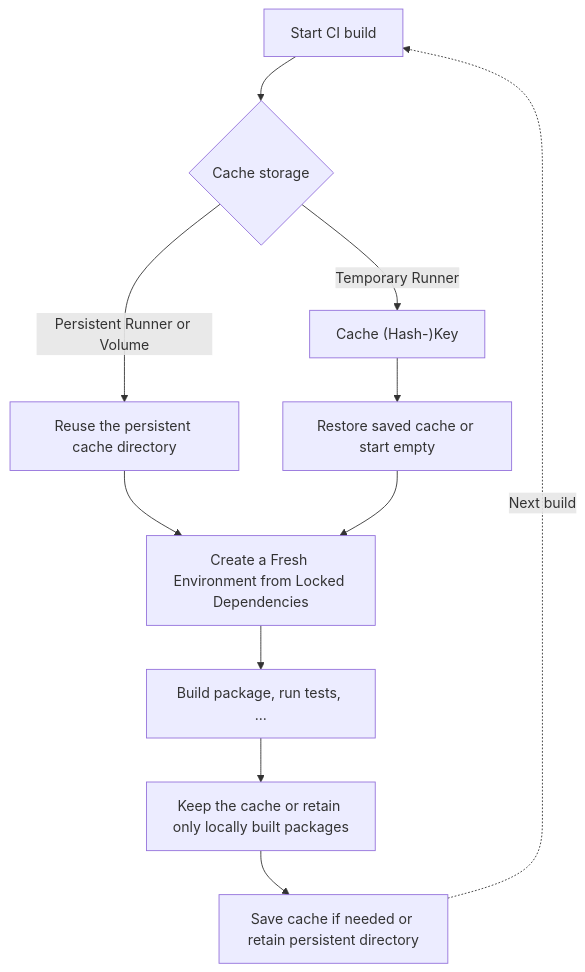
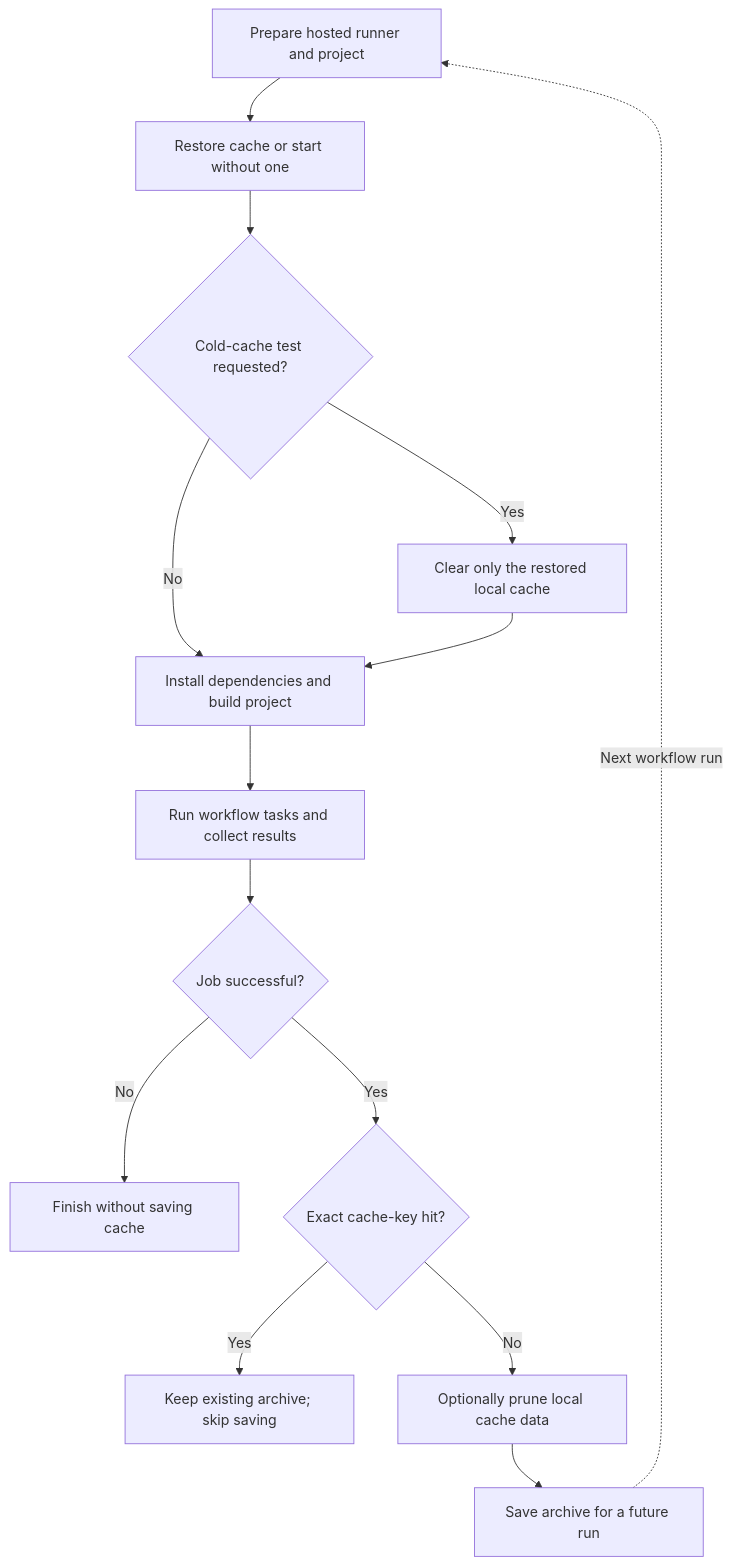
The diagram in docs/chapter-03/section-03/uv_cache_ci.md (ValentinTwin1206/modern-python-devops-egineering), drawn with Mermaid before and after one commit. The commit also changed other lines of this file and 4 other files, not shown here.

````diff
--- a/docs/chapter-03/section-03/uv_cache_ci.md
+++ b/docs/chapter-03/section-03/uv_cache_ci.md
@@ -23,13 +30,16 @@
 ```mermaid
 flowchart TD
-    start["Start CI build"] --> storage{"Cache storage"}
-    storage -->|"Persistent Runner or Volume"| persistent["Reuse the persistent cache directory"]
-    storage -->|"Temporary Runner"| key["Cache (Hash-)Key"]
-    key --> restore["Restore saved cache or start empty"]
-    persistent --> sync["Create a Fresh Environment from Locked Dependencies"]
-    restore --> sync
-    sync --> verify["Build package, run tests, ..."]
-    verify --> prune["Keep the cache or retain only locally built packages"]
-    prune --> retain["Save cache if needed or retain persistent directory"]
-    retain -. "Next build" .-> start
+    setup["Prepare hosted runner and project"] --> restore["Restore cache or start without one"]
+    restore --> cold{"Cold-cache test requested?"}
+    cold -->|Yes| clear["Clear only the restored local cache"]
+    cold -->|No| install["Install dependencies and build project"]
+    clear --> install
+    install --> run["Run workflow tasks and collect results"]
+    run --> success{"Job successful?"}
+    success -->|No| done["Finish without saving cache"]
+    success -->|Yes| hit{"Exact cache-key hit?"}
+    hit -->|Yes| skip["Keep existing archive; skip saving"]
+    hit -->|No| prune["Optionally prune local cache data"]
+    prune --> save["Save archive for a future run"]
+    save -. "Next workflow run" .-> setup
 ```
````
